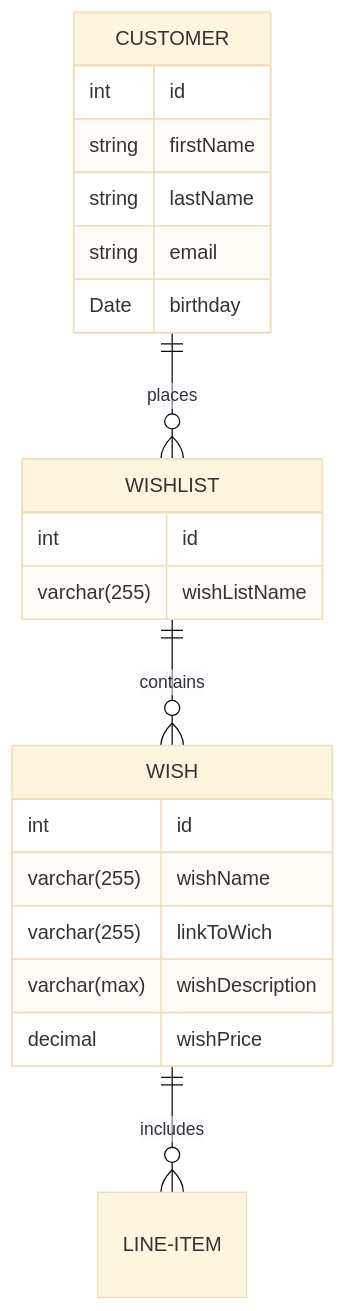
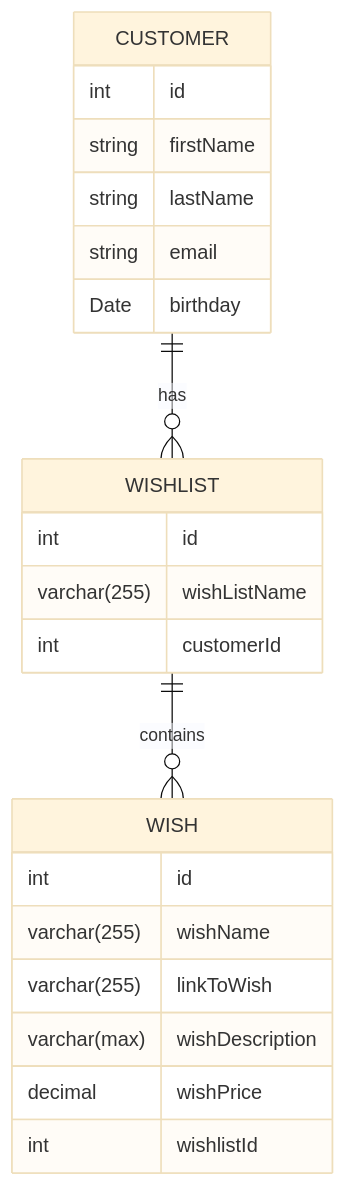
One commit to Mathias-Thomsen/WishlistMCM changed the diagram in Systemudvikling/ER-model.md. Above: the diagram before and after it, drawn with Mermaid (base theme).

````diff
--- a/Systemudvikling/ER-model.md
+++ b/Systemudvikling/ER-model.md
@@ -1,26 +1,28 @@
 ```mermaid
 erDiagram
-    CUSTOMER ||--o{ WISHLIST : places
-    WISHLIST ||--o{ WISH : contains
-    WISH ||--o{ LINE-ITEM : includes
     CUSTOMER {
         int id 
         string firstName
         string lastName
         string email
         Date birthday
-        
     }
     WISHLIST {
         int id
         varchar(255) wishListName
+        int customerId
     }
     WISH {
         int id
         varchar(255) wishName
-        varchar(255) linkToWich
+        varchar(255) linkToWish
         varchar(max) wishDescription 
         decimal wishPrice
+        int wishlistId
     }
     
+    CUSTOMER ||--o{ WISHLIST : has
+    WISHLIST ||--o{ WISH : contains
+
+    
 ```
````
